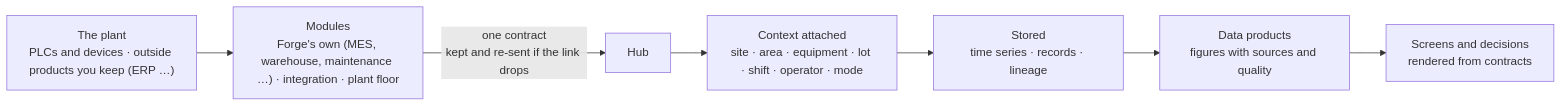
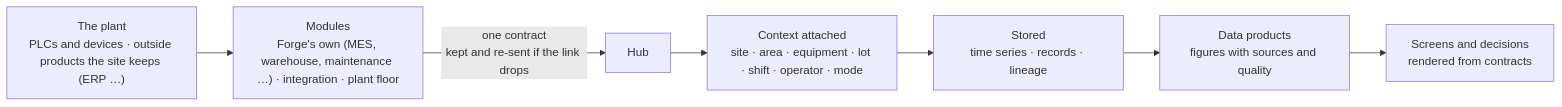
Before and after one commit to reh3376/forge: diagram 23 of 26 in docs/tutorial.md, drawn with Mermaid. The commit also changed other lines of this file and 3 other files, not shown here.

````diff
--- a/docs/tutorial.md
+++ b/docs/tutorial.md
@@ -2379,9 +2379,9 @@
 ```mermaid
 flowchart LR
-  P["The plant<br/>PLCs and devices · outside products you keep (ERP …)"] --> S["Modules<br/>Forge's own (MES, warehouse, maintenance …) · integration · plant floor"]
+  P["The plant<br/>PLCs and devices · outside products the site keeps (ERP …)"] --> S["Modules<br/>Forge's own (MES, warehouse, maintenance …) · integration · plant floor"]
   S -- "one contract<br/>kept and re-sent if the link drops" --> H["Hub"]
   H --> C["Context attached<br/>site · area · equipment · lot · shift · operator · mode"]
   C --> ST["Stored<br/>time series · records · lineage"]
   ST --> DP["Data products<br/>figures with sources and quality"]
   DP --> SC["Screens and decisions<br/>rendered from contracts"]
 ```
````
